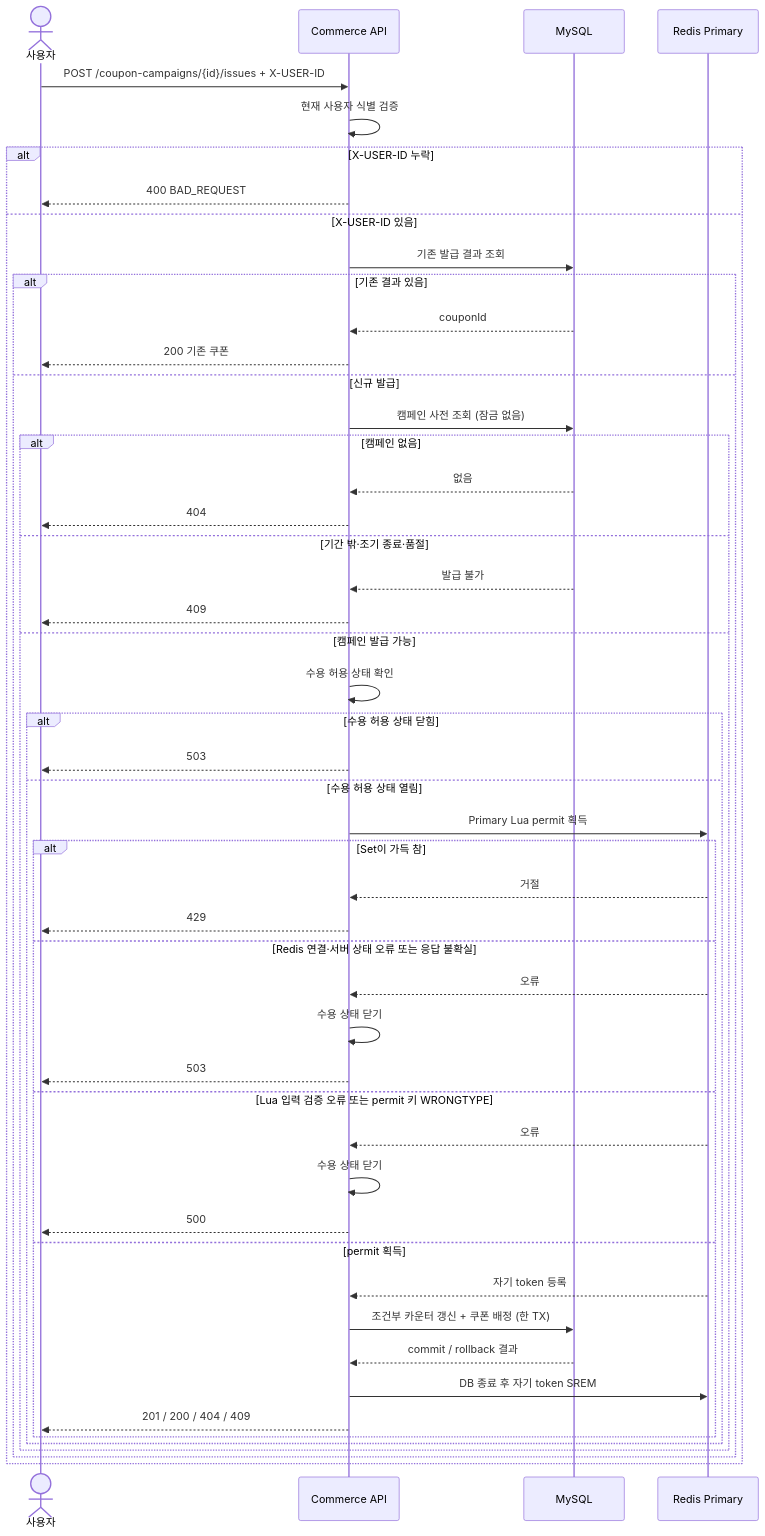
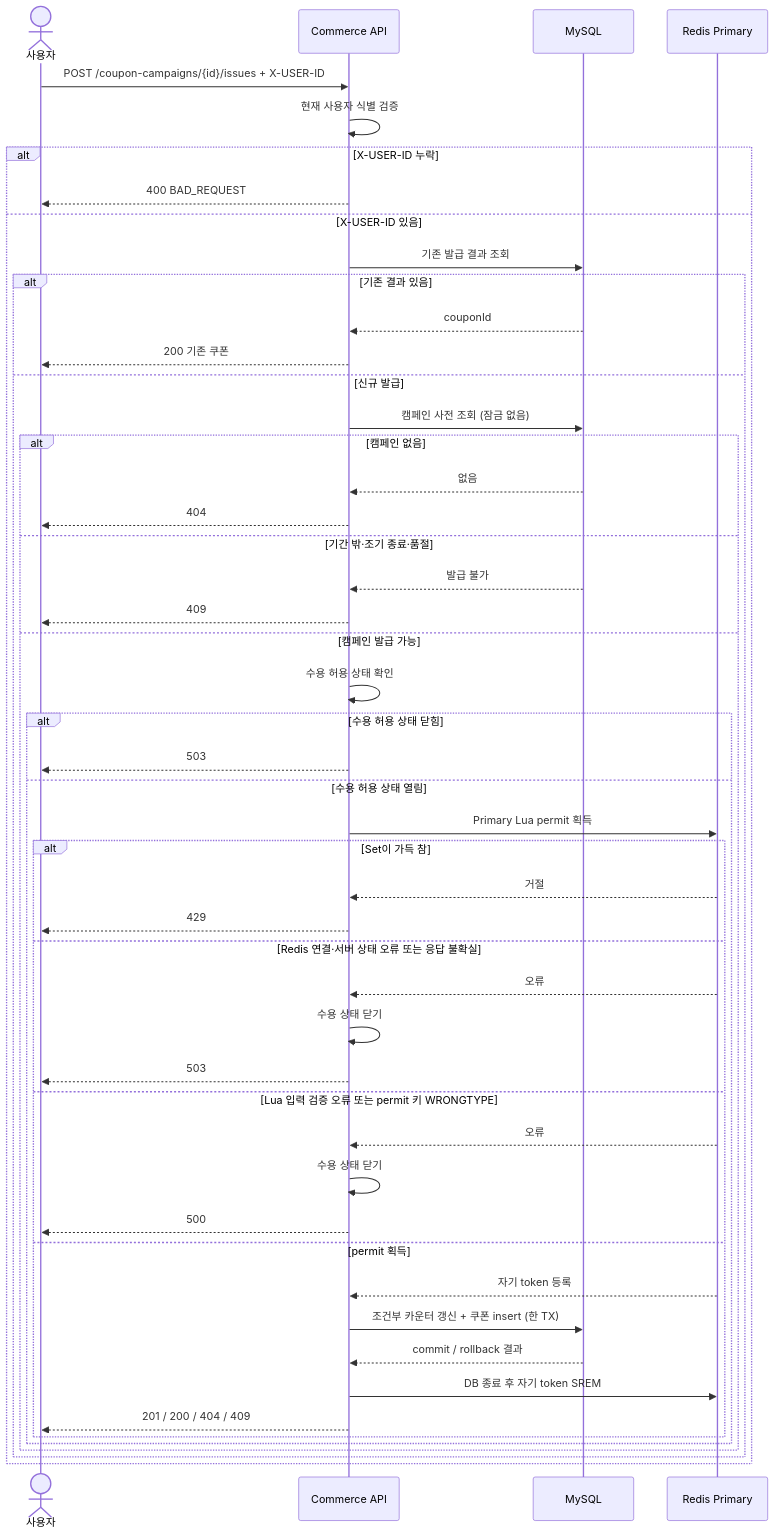
The second of 8 diagrams in docs/system-design/use-cases/coupon-issuance.md (loopers-labs/loop-pack-be-l2-vol5-java), drawn with Mermaid before and after one commit. The commit also changed other lines of this file and 4 other files, not shown here.

````diff
--- a/docs/system-design/use-cases/coupon-issuance.md
+++ b/docs/system-design/use-cases/coupon-issuance.md
@@ -109,53 +109,53 @@
 ```mermaid
 sequenceDiagram
     actor User as 사용자
     participant API as Commerce API
     participant DB as MySQL
     participant Redis as Redis Primary
 
     User->>API: POST /coupon-campaigns/{id}/issues + X-USER-ID
     API->>API: 현재 사용자 식별 검증
     alt X-USER-ID 누락
         API-->>User: 400 BAD_REQUEST
     else X-USER-ID 있음
         API->>DB: 기존 발급 결과 조회
         alt 기존 결과 있음
             DB-->>API: couponId
             API-->>User: 200 기존 쿠폰
         else 신규 발급
             API->>DB: 캠페인 사전 조회 (잠금 없음)
             alt 캠페인 없음
                 DB-->>API: 없음
                 API-->>User: 404
             else 기간 밖·조기 종료·품절
                 DB-->>API: 발급 불가
                 API-->>User: 409
             else 캠페인 발급 가능
                 API->>API: 수용 허용 상태 확인
                 alt 수용 허용 상태 닫힘
                     API-->>User: 503
                 else 수용 허용 상태 열림
                     API->>Redis: Primary Lua permit 획득
                     alt Set이 가득 참
                         Redis-->>API: 거절
                         API-->>User: 429
                     else Redis 연결·서버 상태 오류 또는 응답 불확실
                         Redis-->>API: 오류
                         API->>API: 수용 상태 닫기
                         API-->>User: 503
                     else Lua 입력 검증 오류 또는 permit 키 WRONGTYPE
                         Redis-->>API: 오류
                         API->>API: 수용 상태 닫기
                         API-->>User: 500
                     else permit 획득
                         Redis-->>API: 자기 token 등록
-                        API->>DB: 조건부 카운터 갱신 + 쿠폰 배정 (한 TX)
+                        API->>DB: 조건부 카운터 갱신 + 쿠폰 insert (한 TX)
                         DB-->>API: commit / rollback 결과
                         API->>Redis: DB 종료 후 자기 token SREM
                         API-->>User: 201 / 200 / 404 / 409
                     end
                 end
             end
         end
     end
 ```
````
